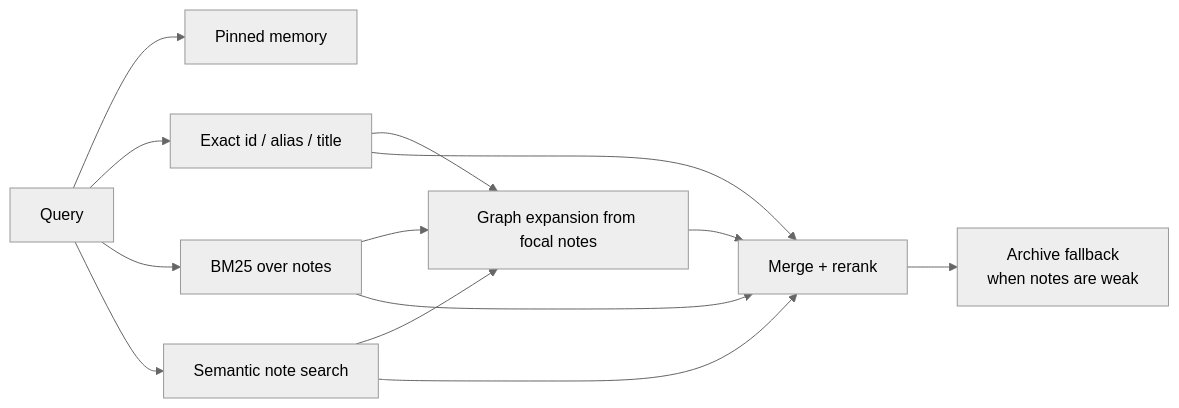
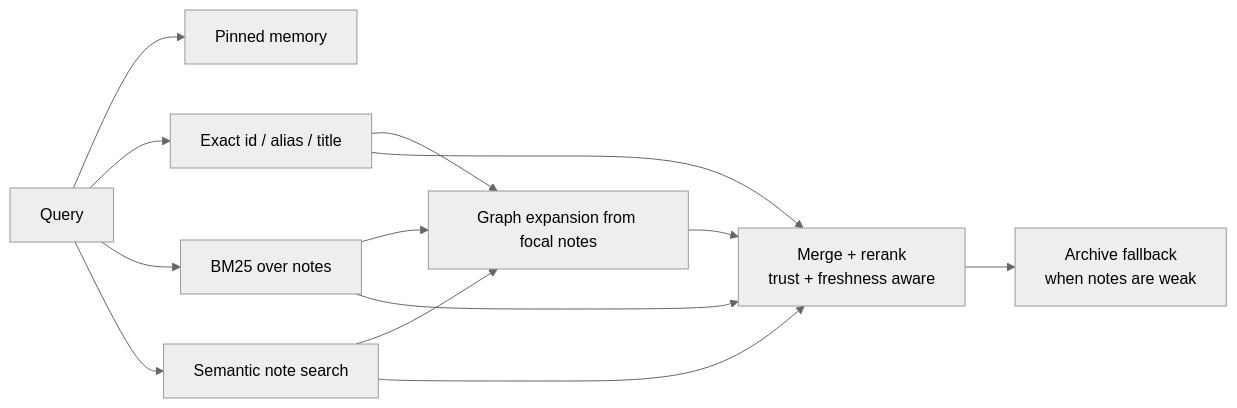
One commit to Jianyu010/MnemonicOS changed the eighth of 9 diagrams in README.md. Above: the diagram before and after it, drawn with Mermaid (neutral theme). The commit also changed other lines of this file and 12 other files, not shown here.

Commit message:
feat: add phase 4 trust and freshness

````diff
--- a/README.md
+++ b/README.md
@@ -124,15 +156,15 @@
 ```mermaid
 flowchart LR
     Q["Query"] --> P["Pinned memory"]
     Q --> X["Exact id / alias / title"]
     Q --> B["BM25 over notes"]
     Q --> S["Semantic note search"]
     X --> G["Graph expansion from focal notes"]
     B --> G
     S --> G
-    X --> R["Merge + rerank"]
+    X --> R["Merge + rerank<br/>trust + freshness aware"]
     B --> R
     S --> R
     G --> R
     R --> A["Archive fallback<br/>when notes are weak"]
 ```
````
